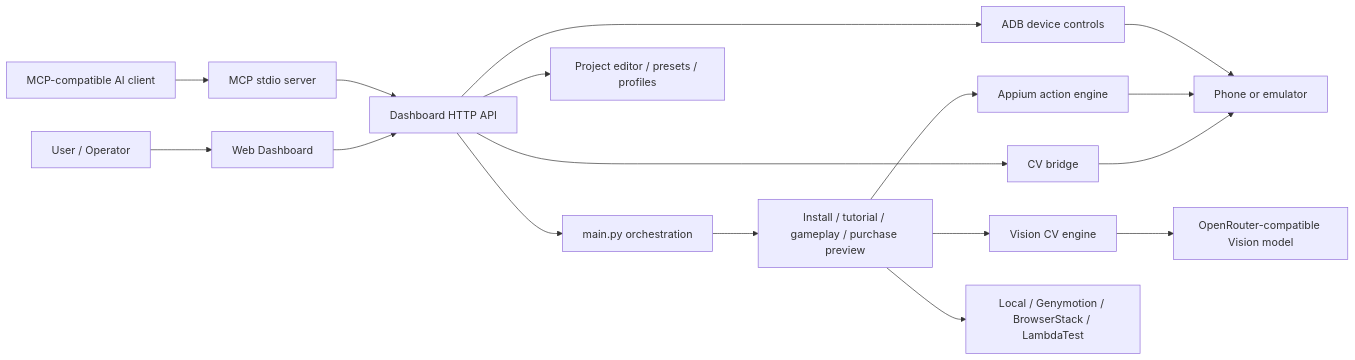
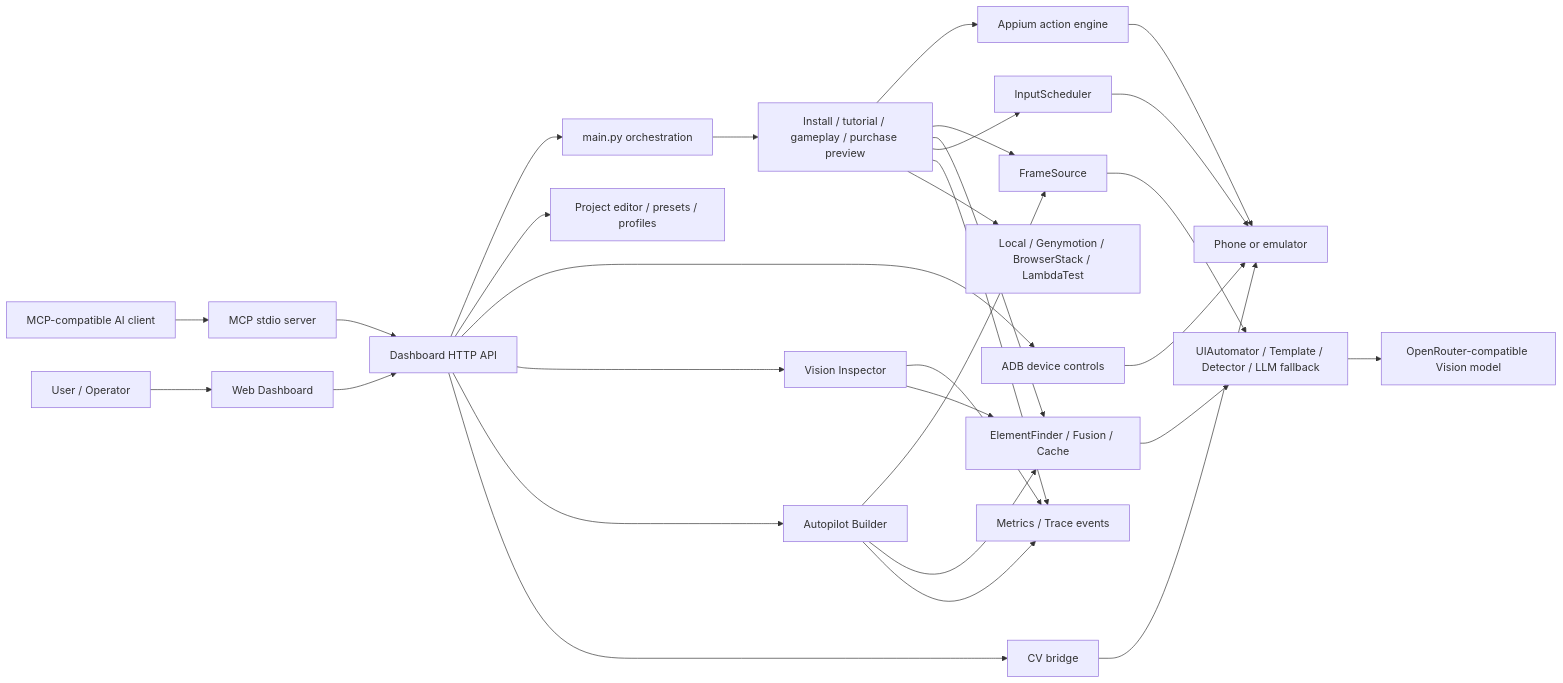
One commit to Flyozzzz/android-game-cv-autopilot changed the first of 3 diagrams in README.md. Above: the diagram before and after it, drawn with Mermaid. The commit also changed other lines of this file and 139 other files, not shown here.

Commit message:
Implement local-first autopilot builder platform

````diff
--- a/README.md
+++ b/README.md
@@ -104,22 +124,36 @@
 ```mermaid
 flowchart LR
     User[User / Operator] --> Dashboard[Web Dashboard]
     Agent[MCP-compatible AI client] --> MCP[MCP stdio server]
     MCP --> API[Dashboard HTTP API]
     Dashboard --> API
 
     API --> Main[main.py orchestration]
     API --> Files[Project editor / presets / profiles]
     API --> ADB[ADB device controls]
+    API --> Inspector[Vision Inspector]
+    API --> Builder[Autopilot Builder]
     API --> CV[CV bridge]
 
     Main --> Scenarios[Install / tutorial / gameplay / purchase preview]
     Scenarios --> Appium[Appium action engine]
-    Scenarios --> CVEngine[Vision CV engine]
+    Scenarios --> Frames[FrameSource]
+    Scenarios --> Perception[ElementFinder / Fusion / Cache]
+    Scenarios --> Scheduler[InputScheduler]
+    Scenarios --> Metrics[Metrics / Trace events]
     Scenarios --> Farms[Local / Genymotion / BrowserStack / LambdaTest]
+
+    Frames --> Providers[UIAutomator / Template / Detector / LLM fallback]
+    Perception --> Providers
+    Providers --> Vision[OpenRouter-compatible Vision model]
+    Inspector --> Metrics
+    Inspector --> Perception
+    Builder --> Frames
+    Builder --> Perception
+    Builder --> Metrics
 
     ADB --> Android[Phone or emulator]
     Appium --> Android
+    Scheduler --> Android
     CV --> Android
-    CVEngine --> Vision[OpenRouter-compatible Vision model]
 ```
````
